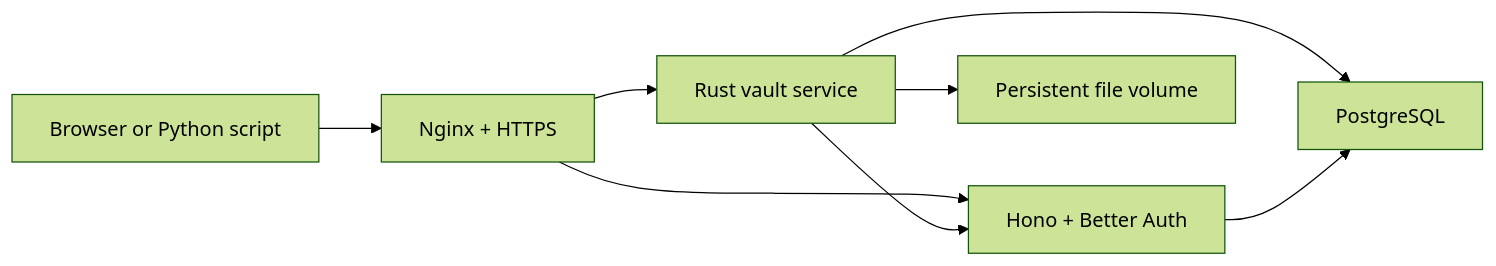
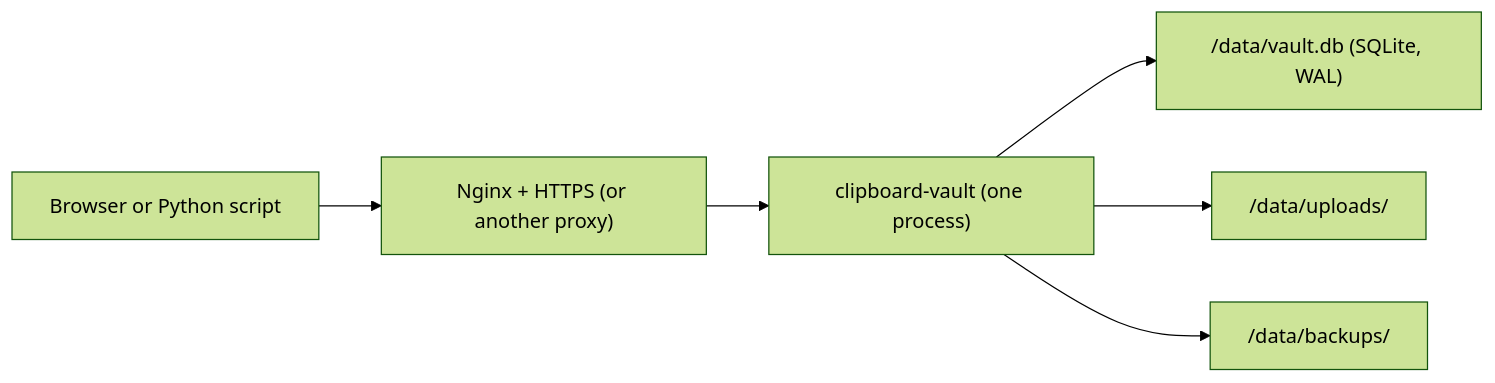
The diagram in README.md (xenycx/ClipboardVault), drawn with Mermaid (forest theme) before and after one commit. The commit also changed other lines of this file and 60 other files, not shown here.

First line of the commit message:
Ship Clipboard Vault 3.0 as one service on SQLite with native auth

````diff
--- a/README.md
+++ b/README.md
@@ -29,10 +34,8 @@
 ```mermaid
 flowchart LR
-  Browser["Browser or Python script"] --> Nginx["Nginx + HTTPS"]
-  Nginx --> Rust["Rust vault service"]
-  Nginx --> Auth["Hono + Better Auth"]
-  Rust --> Auth
-  Rust --> Postgres["PostgreSQL"]
-  Auth --> Postgres
-  Rust --> Files["Persistent file volume"]
+  Browser["Browser or Python script"] --> Proxy["Nginx + HTTPS (or another proxy)"]
+  Proxy --> Vault["clipboard-vault (one process)"]
+  Vault --> DB["/data/vault.db (SQLite, WAL)"]
+  Vault --> Files["/data/uploads/"]
+  Vault --> Backups["/data/backups/"]
 ```
````
